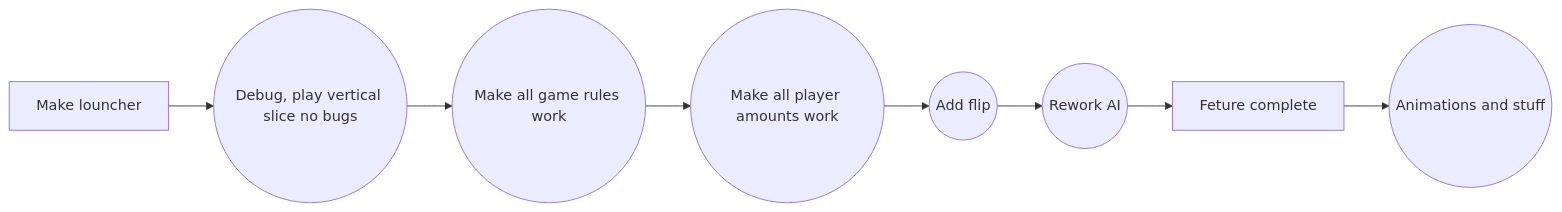
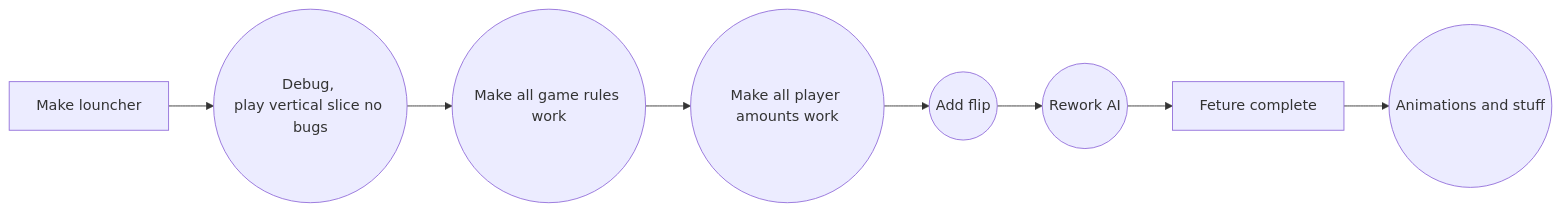
Before and after one commit to Travis-DV/GamesRepo: the diagram in README.md, drawn with Mermaid.

````diff
--- a/README.md
+++ b/README.md
@@ -3,5 +3,6 @@
 ```mermaid
 graph LR
-A[uno] --> B((Debug, play vertical slice no bugs)) --> C((Make all game rules work)) --> D((Make all player amounts work)) --> E((Add flip)) --> F((Rework AI)) --> G[Feture complete] --> h((Animations and stuff))
+A[uno] --> B((Debug, 
+play vertical slice no bugs)) --> C((Make all game rules work)) --> D((Make all player amounts work)) --> E((Add flip)) --> F((Rework AI)) --> G[Feture complete] --> h((Animations and stuff))
 A[Make louncher]
 ```
````
